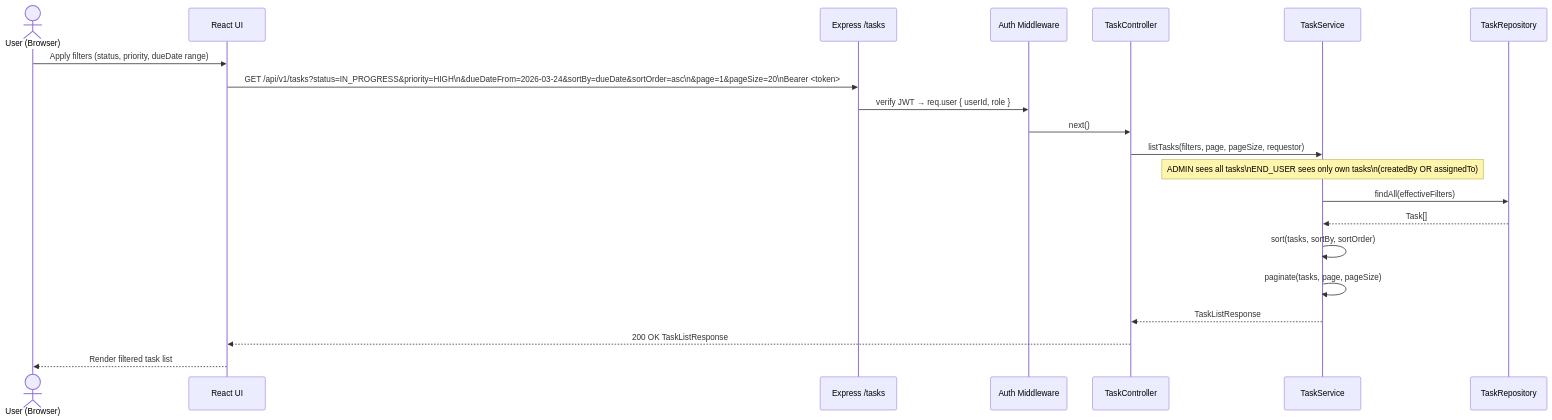
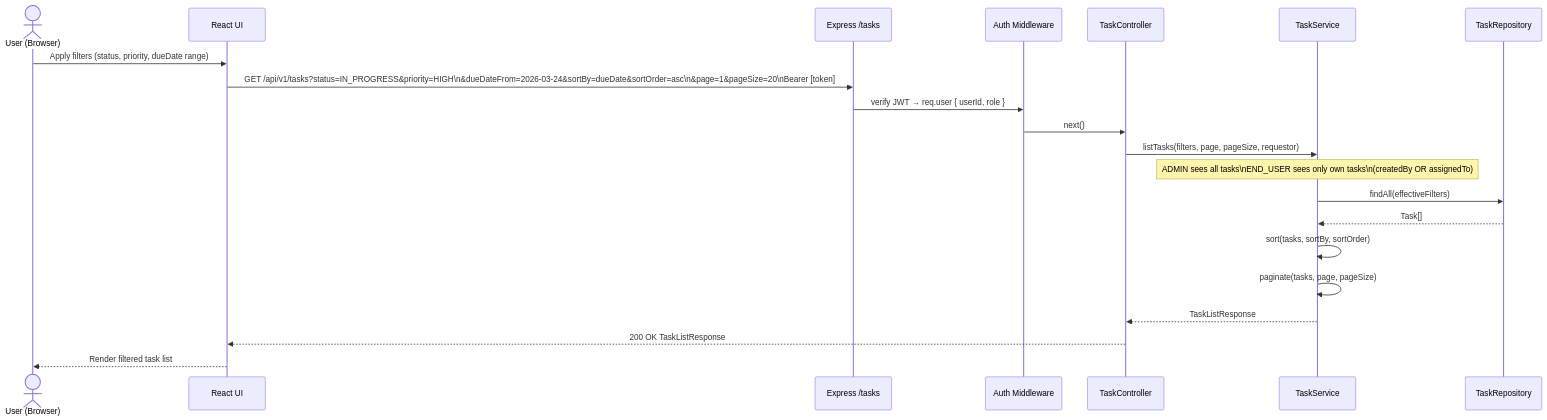
The tenth of 17 diagrams in software-architecture.md (vijaynvb/ellucian_ghc3), drawn with Mermaid before and after one commit. The commit also changed other lines of this file and 14285 other files, not shown here.

````diff
--- a/software-architecture.md
+++ b/software-architecture.md
@@ -650,24 +658,24 @@
 ```mermaid
 sequenceDiagram
     actor User as User (Browser)
     participant UI as React UI
     participant API as Express /tasks
     participant AuthMW as Auth Middleware
     participant TC as TaskController
     participant TS as TaskService
     participant TR as TaskRepository
 
     User->>UI: Apply filters (status, priority, dueDate range)
-    UI->>API: GET /api/v1/tasks?status=IN_PROGRESS&priority=HIGH\n&dueDateFrom=2026-03-24&sortBy=dueDate&sortOrder=asc\n&page=1&pageSize=20\nBearer <token>
+    UI->>API: GET /api/v1/tasks?status=IN_PROGRESS&priority=HIGH\n&dueDateFrom=2026-03-24&sortBy=dueDate&sortOrder=asc\n&page=1&pageSize=20\nBearer [token]
     API->>AuthMW: verify JWT → req.user { userId, role }
     AuthMW->>TC: next()
     TC->>TS: listTasks(filters, page, pageSize, requestor)
     Note over TS: ADMIN sees all tasks\nEND_USER sees only own tasks\n(createdBy OR assignedTo)
     TS->>TR: findAll(effectiveFilters)
     TR-->>TS: Task[]
     TS->>TS: sort(tasks, sortBy, sortOrder)
     TS->>TS: paginate(tasks, page, pageSize)
     TS-->>TC: TaskListResponse
     TC-->>UI: 200 OK TaskListResponse
     UI-->>User: Render filtered task list
 ```
````
